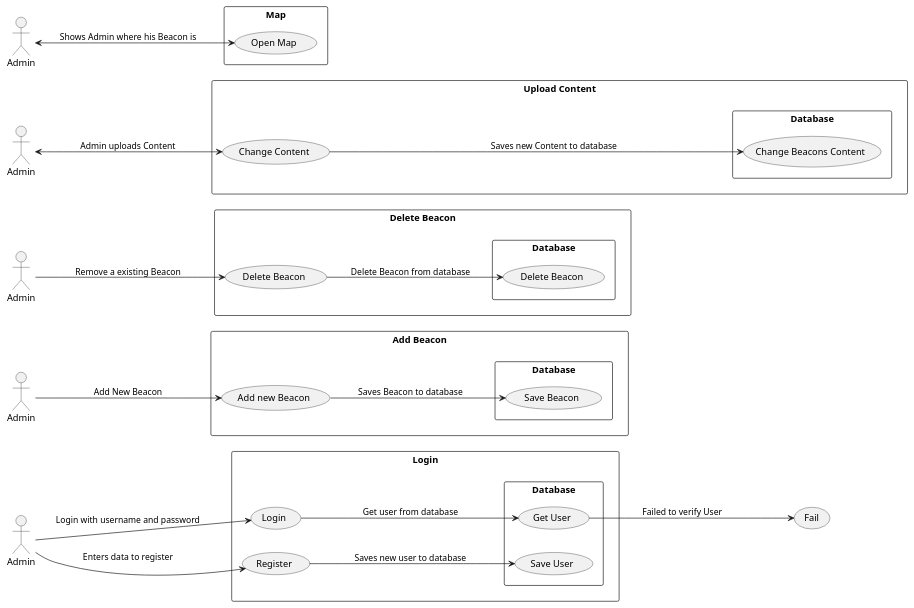
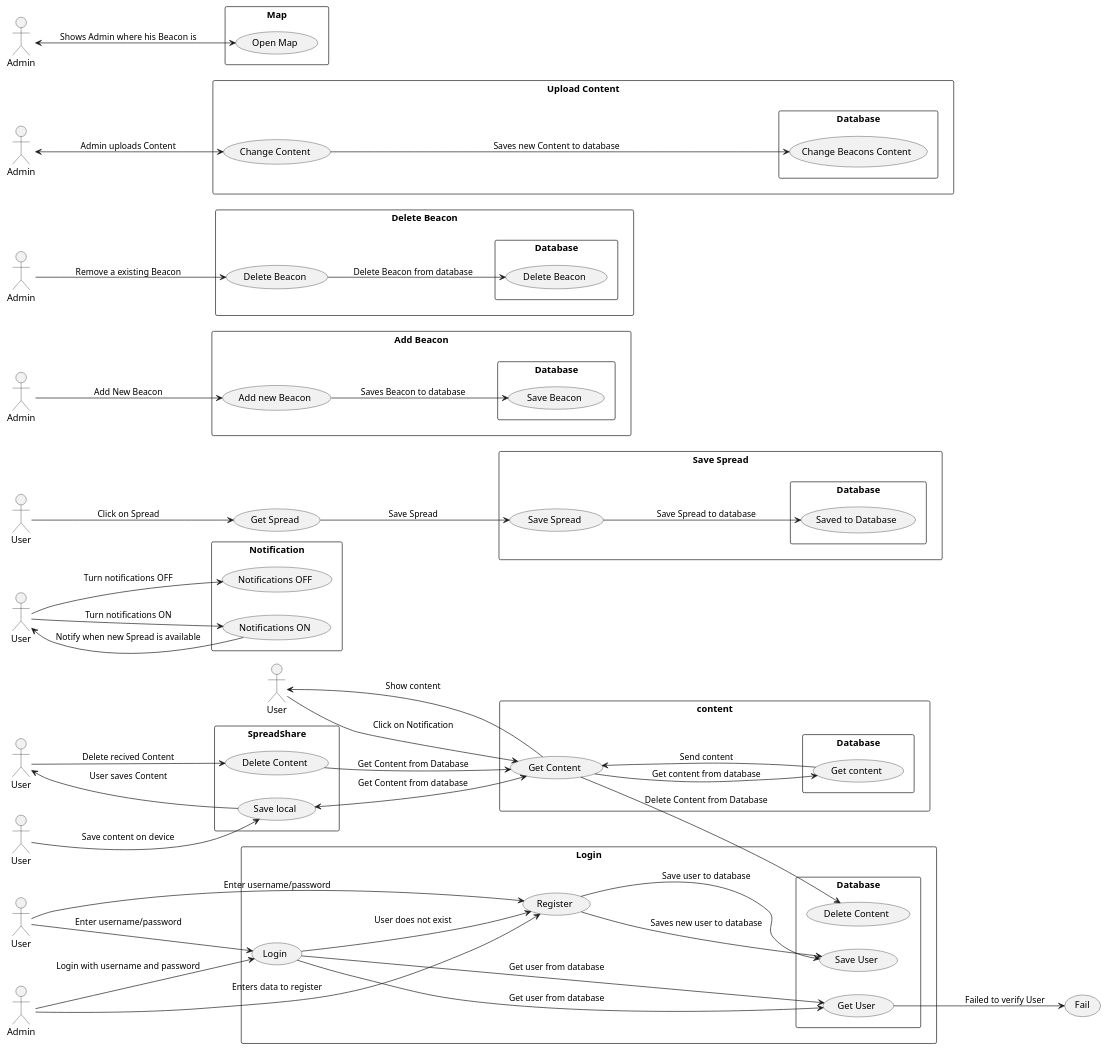
One commit to Spread-Share/SpreadShare-Documents changed the diagram in asciidocs/docs/plantuml/Usecasediagramm.puml. Above: the diagram before and after it, drawn with PlantUML. The commit also changed 1 other file, not shown here.

Commit message:
fix: usecasediagram is displayed in the sysspec

```diff
--- a/asciidocs/docs/plantuml/Usecasediagramm.puml
+++ b/asciidocs/docs/plantuml/Usecasediagramm.puml
@@ -87,62 +1,140 @@
-@startuml
+@startuml UsecaseDiagram
+
 left to right direction
+
+actor User as usr
+
+rectangle "Login" {
+    usecase "Login" as UC_Login
+    usecase "Register" as UC_Register
+    
+    rectangle "Database" {
+        usecase "Get user" as UC_GetUser
+        usecase "Save user" as UC_SaveUser
+    }
+}
+
+usr --> UC_Login : "Enter username/password"
+UC_Login --> UC_GetUser : "Get user from database"
+
+
+usr --> UC_Register : "Enter username/password"
+UC_Register --> UC_SaveUser : "Save user to database"
+
+UC_Login --> UC_Register : "User does not exist"
+
+actor User as usr1
+
+rectangle "Notification" {
+    usecase "Notifications ON" as UC_NotificationsON
+    usecase "Notifications OFF" as UC_NotificationsOFF
+}
+usr1-->UC_NotificationsON : "Turn notifications ON"
+UC_NotificationsON-->usr1 : "Notify when new Spread is available"
+
+usr1-->UC_NotificationsOFF : "Turn notifications OFF"
+
+actor User as usr2
+
+rectangle content{
+    usecase "New Spread" as UC_Content
+    rectangle "Database" as DB {
+        usecase "Get content" as UC_GetContent
+    }
+}
+
+usr2 --> UC_Content : "Click on Notification"
+UC_Content --> UC_GetContent : "Get content from database"
+UC_GetContent --> UC_Content : "Send content"
+UC_Content --> usr2 : "Show content"
+
+actor User as usr3
+
+usecase "Get Spread" as UC_GetSpread
+rectangle "Save Spread"{
+    usecase "Save Spread" as UC_SaveSpread
+    rectangle "Database" as DB1 {
+        usecase "Saved to Database" as UC_SaveSpreadDB
+    }
+}
+usr3 --> UC_GetSpread : "Click on Spread"
+UC_GetSpread --> UC_SaveSpread : "Save Spread"
+UC_SaveSpread --> UC_SaveSpreadDB : "Save Spread to database"
+
+actor "User" as usr4
+
+rectangle "SpreadShare" {
+   usecase "Save local" as UC_SaveLocal
+   usecase "Delete Content" as UC_DeleteContent
+   
+   rectangle "Database" {
+   usecase "Get Content" as UC_Content
+   usecase "Delete Content" as UC_DeleteContentFromDatabase
+   }
+}
+usr4 --> UC_SaveLocal : "Save content on device"
+UC_SaveLocal <--> UC_Content : "Get Content from database"
+UC_SaveLocal --> User : "User saves Content"
+User --> UC_DeleteContent : "Delete recived Content"
+UC_DeleteContent --> UC_Content : "Get Content from Database"
+UC_Content --> UC_DeleteContentFromDatabase : "Delete Content from Database"
 
 actor "Admin" as Admin1
 
 rectangle "Login" {
    usecase "Login" as UC_Login
    usecase "Register" as UC_Register
    rectangle "Database" as DB1 {
       usecase "Get User" as UC_GetUser
       usecase "Save User" as UC_SaveUser
    }
 }
 usecase "Fail" as UC_Fail
 Admin1 --> UC_Login : "Login with username and password"
 UC_Login --> UC_GetUser : "Get user from database"
 UC_GetUser --> UC_Fail : "Failed to verify User"
 Admin1 --> UC_Register : "Enters data to register"
 UC_Register --> UC_SaveUser : "Saves new user to database"
 
 actor "Admin" as Admin2
 
 rectangle "Add Beacon" {
    usecase "Add new Beacon" as UC_AddBeacon
    rectangle "Database" as DB2 {
       usecase "Save Beacon" as UC_SaveBeacon
    }
 }
 Admin2 --> UC_AddBeacon : "Add New Beacon"
 UC_AddBeacon --> UC_SaveBeacon : "Saves Beacon to database"
 
 actor "Admin" as Admin3
 
 rectangle "Delete Beacon" {
    usecase "Delete Beacon" as UC_DeleteBeacon
    rectangle "Database" as DB3 {
       usecase "Delete Beacon" as UC_DeleteBeaconFromDatabase
    }
 }
 
 Admin3 --> UC_DeleteBeacon : "Remove a existing Beacon"
 UC_DeleteBeacon --> UC_DeleteBeaconFromDatabase : "Delete Beacon from database"
 
 actor "Admin" as Admin4
 
 rectangle "Upload Content" {
    usecase "Change Content" as UC_ChangeContent
    rectangle "Database" as DB4 {
       usecase "Change Beacons Content" as UC_ChangeContentInDatabase
    }
 }
 Admin4 <--> UC_ChangeContent : "Admin uploads Content"
 UC_ChangeContent ---> UC_ChangeContentInDatabase : "Saves new Content to database"
 
 actor "Admin" as Admin5
 
 rectangle "Map" {
    usecase "Open Map" as UC_OpenMap
 }
 Admin5 <--> UC_OpenMap : "Shows Admin where his Beacon is"
 
 @enduml
```
